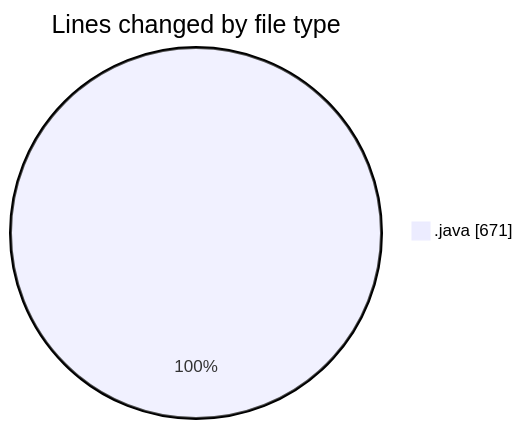
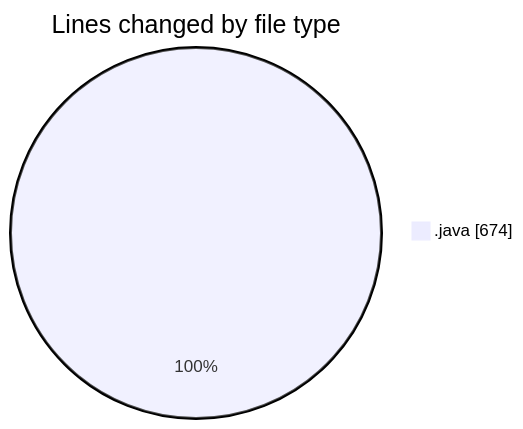
Before and after one commit to ricardozamudiocil/code-tracking: the first of 2 diagrams in 2026-02-24/cilapp/README.md, drawn with Mermaid. The commit also changed other lines of this file and 1 other file, not shown here.

````diff
--- a/2026-02-24/cilapp/README.md
+++ b/2026-02-24/cilapp/README.md
@@ -20,5 +20,5 @@
 ```mermaid
 pie showData
 title Lines changed by file type
-".java" : 671
+".java" : 674
 ```
````
